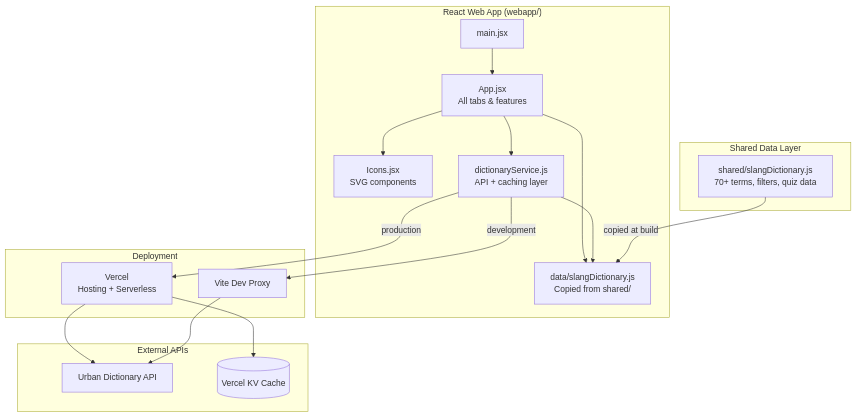
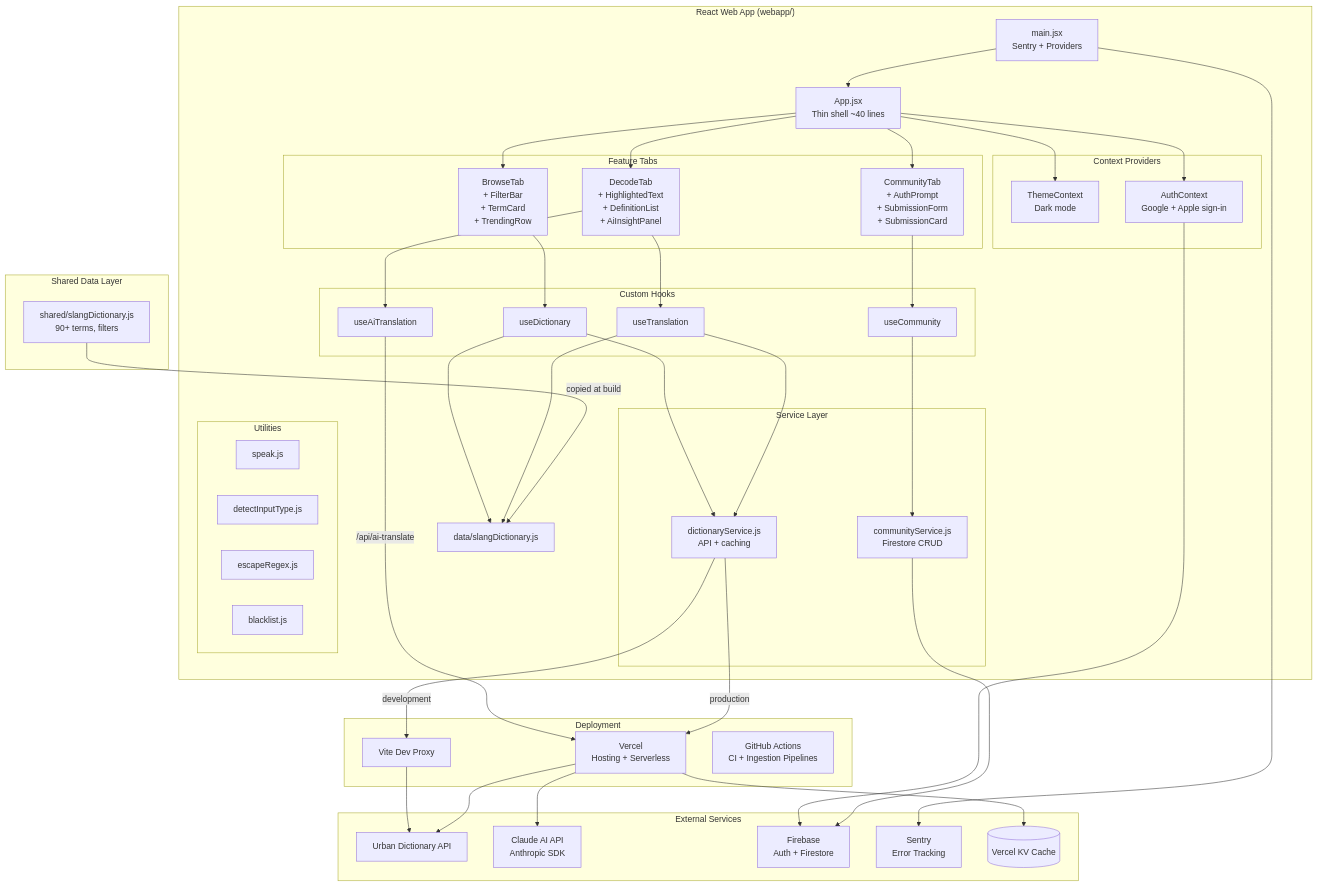
One commit to Technical-1/All-About-Me changed the diagram in public/data/portfolio/Kid-Talk-Translator/architecture.md. Above: the diagram before and after it, drawn with Mermaid. The commit also changed other lines of this file and 8 other files, not shown here.

````diff
--- a/public/data/portfolio/Kid-Talk-Translator/architecture.md
+++ b/public/data/portfolio/Kid-Talk-Translator/architecture.md
@@ -5,33 +5,86 @@
 ```mermaid
 flowchart TD
     subgraph SharedData["Shared Data Layer"]
-        SD[shared/slangDictionary.js<br/>70+ terms, filters, quiz data]
+        SD[shared/slangDictionary.js<br/>90+ terms, filters]
     end
 
     subgraph WebApp["React Web App (webapp/)"]
-        Entry[main.jsx] --> App[App.jsx<br/>All tabs & features]
-        App --> Icons[Icons.jsx<br/>SVG components]
-        App --> DictService[dictionaryService.js<br/>API + caching layer]
-        App --> LocalDict[data/slangDictionary.js<br/>Copied from shared/]
-        DictService --> LocalDict
+        Entry[main.jsx<br/>Sentry + Providers] --> App[App.jsx<br/>Thin shell ~40 lines]
+
+        subgraph Contexts["Context Providers"]
+            Theme[ThemeContext<br/>Dark mode]
+            Auth[AuthContext<br/>Google + Apple sign-in]
+        end
+
+        subgraph Tabs["Feature Tabs"]
+            Decode[DecodeTab<br/>+ HighlightedText<br/>+ DefinitionList<br/>+ AiInsightPanel]
+            Browse[BrowseTab<br/>+ FilterBar<br/>+ TermCard<br/>+ TrendingRow]
+            Community[CommunityTab<br/>+ AuthPrompt<br/>+ SubmissionForm<br/>+ SubmissionCard]
+        end
+
+        subgraph Hooks["Custom Hooks"]
+            useTranslation[useTranslation]
+            useAiTranslation[useAiTranslation]
+            useDictionary[useDictionary]
+            useCommunity[useCommunity]
+        end
+
+        subgraph Services["Service Layer"]
+            DictService[dictionaryService.js<br/>API + caching]
+            CommService[communityService.js<br/>Firestore CRUD]
+        end
+
+        subgraph Utils["Utilities"]
+            Speak[speak.js]
+            Detect[detectInputType.js]
+            Escape[escapeRegex.js]
+            Blacklist[blacklist.js]
+        end
+
+        LocalDict[data/slangDictionary.js]
     end
 
-    subgraph ExternalAPIs["External APIs"]
+    subgraph ExternalAPIs["External Services"]
         UD[Urban Dictionary API]
+        Claude[Claude AI API<br/>Anthropic SDK]
+        Firebase[Firebase<br/>Auth + Firestore]
+        SentryAPI[Sentry<br/>Error Tracking]
         KV[(Vercel KV Cache)]
     end
 
     subgraph Hosting["Deployment"]
         Vercel[Vercel<br/>Hosting + Serverless]
         ViteProxy[Vite Dev Proxy]
+        GHA[GitHub Actions<br/>CI + Ingestion Pipelines]
     end
 
     SD -->|copied at build| LocalDict
 
+    App --> Theme
+    App --> Auth
+    App --> Decode
+    App --> Browse
+    App --> Community
+
+    Decode --> useTranslation
+    Decode --> useAiTranslation
+    Browse --> useDictionary
+    Community --> useCommunity
+
+    useTranslation --> DictService
+    useTranslation --> LocalDict
+    useDictionary --> DictService
+    useDictionary --> LocalDict
+    useCommunity --> CommService
+
     DictService -->|production| Vercel
     DictService -->|development| ViteProxy
+    useAiTranslation -->|/api/ai-translate| Vercel
+    CommService --> Firebase
+    Auth --> Firebase
     Vercel --> UD
+    Vercel --> Claude
+    Vercel --> KV
     ViteProxy --> UD
-    Vercel --> KV
-
+    Entry --> SentryAPI
 ```
````
